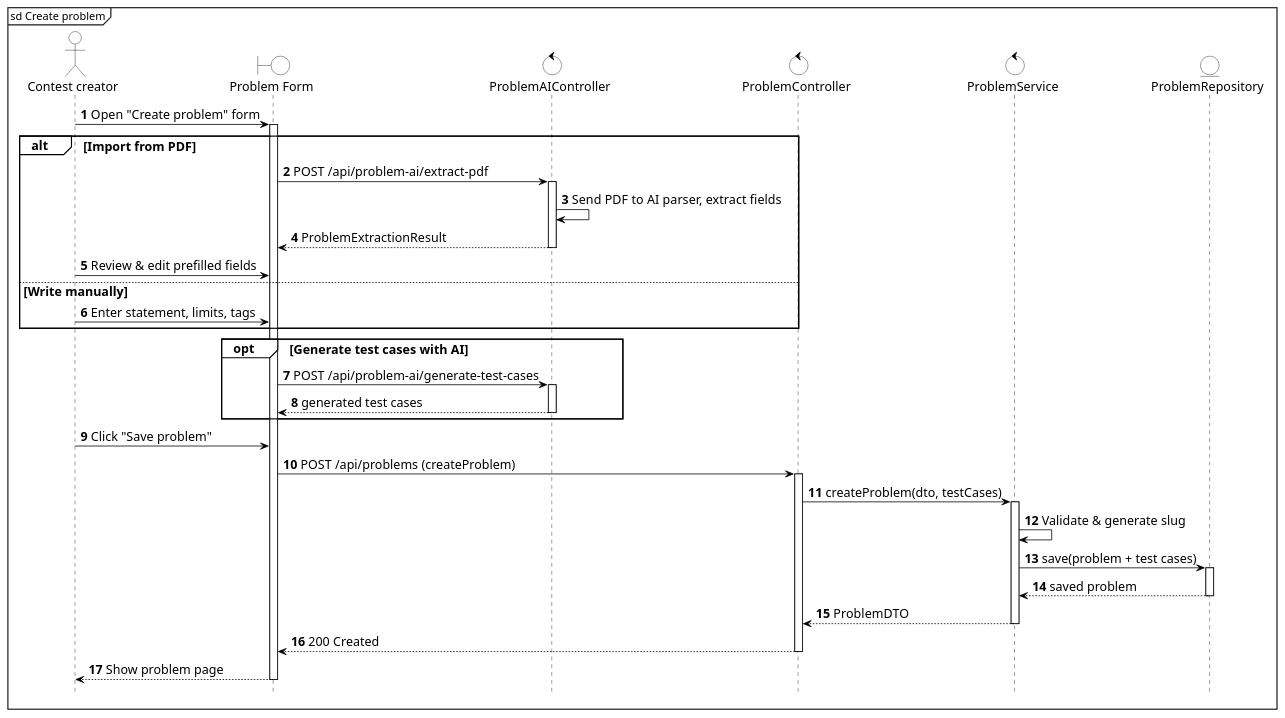
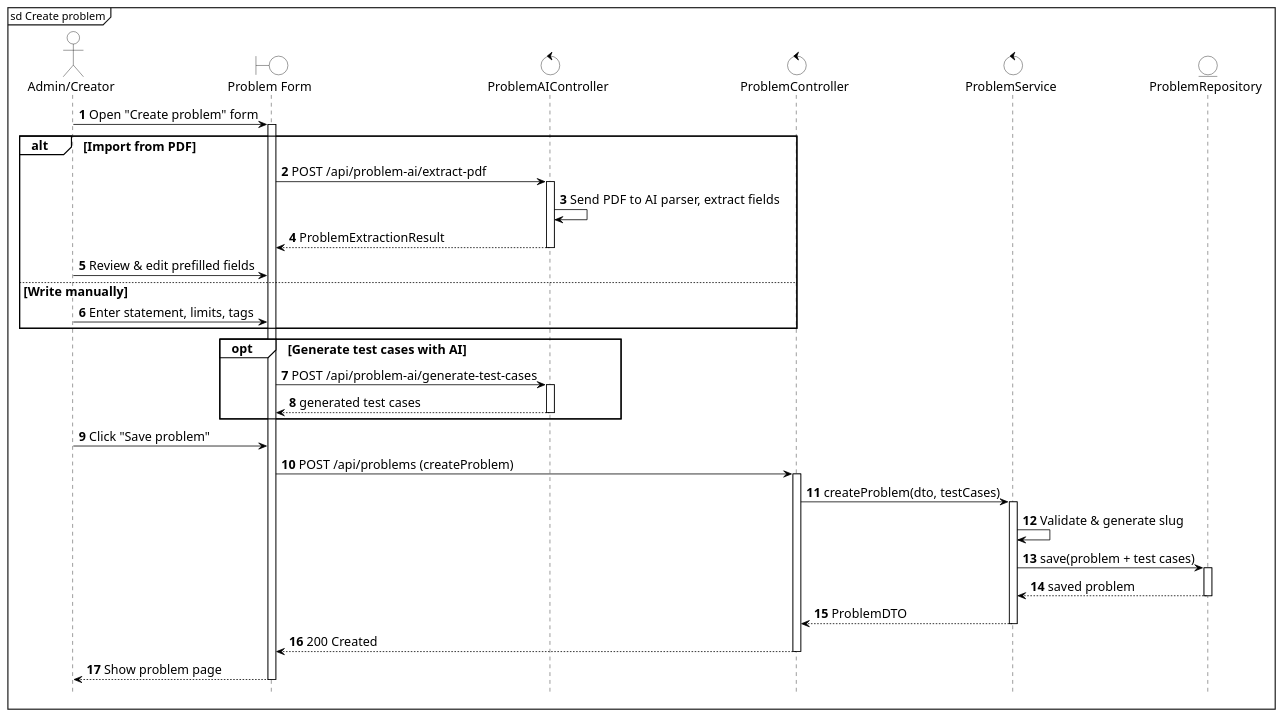
The diagram in Thesis/final/figures/seq-create-problem.puml (InfiniteGosi/TDTUOJ), drawn with PlantUML before and after one commit. The commit also changed 47 other files, not shown here.

```diff
--- a/Thesis/final/figures/seq-create-problem.puml
+++ b/Thesis/final/figures/seq-create-problem.puml
@@ -1,68 +1,68 @@
 @startuml seq-create-problem
 mainframe sd Create problem
 hide footbox
 skinparam shadowing false
 skinparam defaultFontName Arial
 skinparam defaultFontSize 16
 skinparam SequenceArrowColor #000000
 skinparam SequenceLifeLineBorderColor #000000
 skinparam SequenceGroupBorderColor #000000
 skinparam SequenceGroupBackgroundColor #FFFFFF
 skinparam ParticipantBackgroundColor #FFFFFF
 skinparam ParticipantBorderColor #000000
 skinparam ActorBackgroundColor #FFFFFF
 skinparam ActorBorderColor #000000
 skinparam BoundaryBackgroundColor #FFFFFF
 skinparam BoundaryBorderColor #000000
 skinparam ControlBackgroundColor #FFFFFF
 skinparam ControlBorderColor #000000
 skinparam EntityBackgroundColor #FFFFFF
 skinparam EntityBorderColor #000000
 
 autonumber
 
-actor "Contest creator" as U
+actor "Admin/Creator" as U
 boundary "Problem Form" as UI
 control "ProblemAIController" as AIC
 control "ProblemController" as C
 control "ProblemService" as S
 entity "ProblemRepository" as R
 
 U -> UI : Open "Create problem" form
 activate UI
 
 alt Import from PDF
   UI -> AIC : POST /api/problem-ai/extract-pdf
   activate AIC
   AIC -> AIC : Send PDF to AI parser, extract fields
   AIC --> UI : ProblemExtractionResult
   deactivate AIC
   U -> UI : Review & edit prefilled fields
 else Write manually
   U -> UI : Enter statement, limits, tags
 end
 
 opt Generate test cases with AI
   UI -> AIC : POST /api/problem-ai/generate-test-cases
   activate AIC
   AIC --> UI : generated test cases
   deactivate AIC
 end
 
 U -> UI : Click "Save problem"
 UI -> C : POST /api/problems (createProblem)
 activate C
 C -> S : createProblem(dto, testCases)
 activate S
 S -> S : Validate & generate slug
 S -> R : save(problem + test cases)
 activate R
 R --> S : saved problem
 deactivate R
 S --> C : ProblemDTO
 deactivate S
 C --> UI : 200 Created
 deactivate C
 UI --> U : Show problem page
 deactivate UI
 @enduml
```
